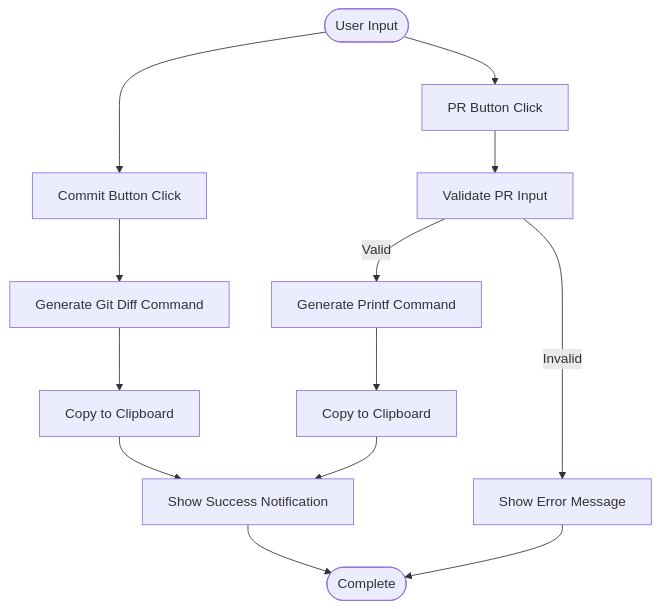
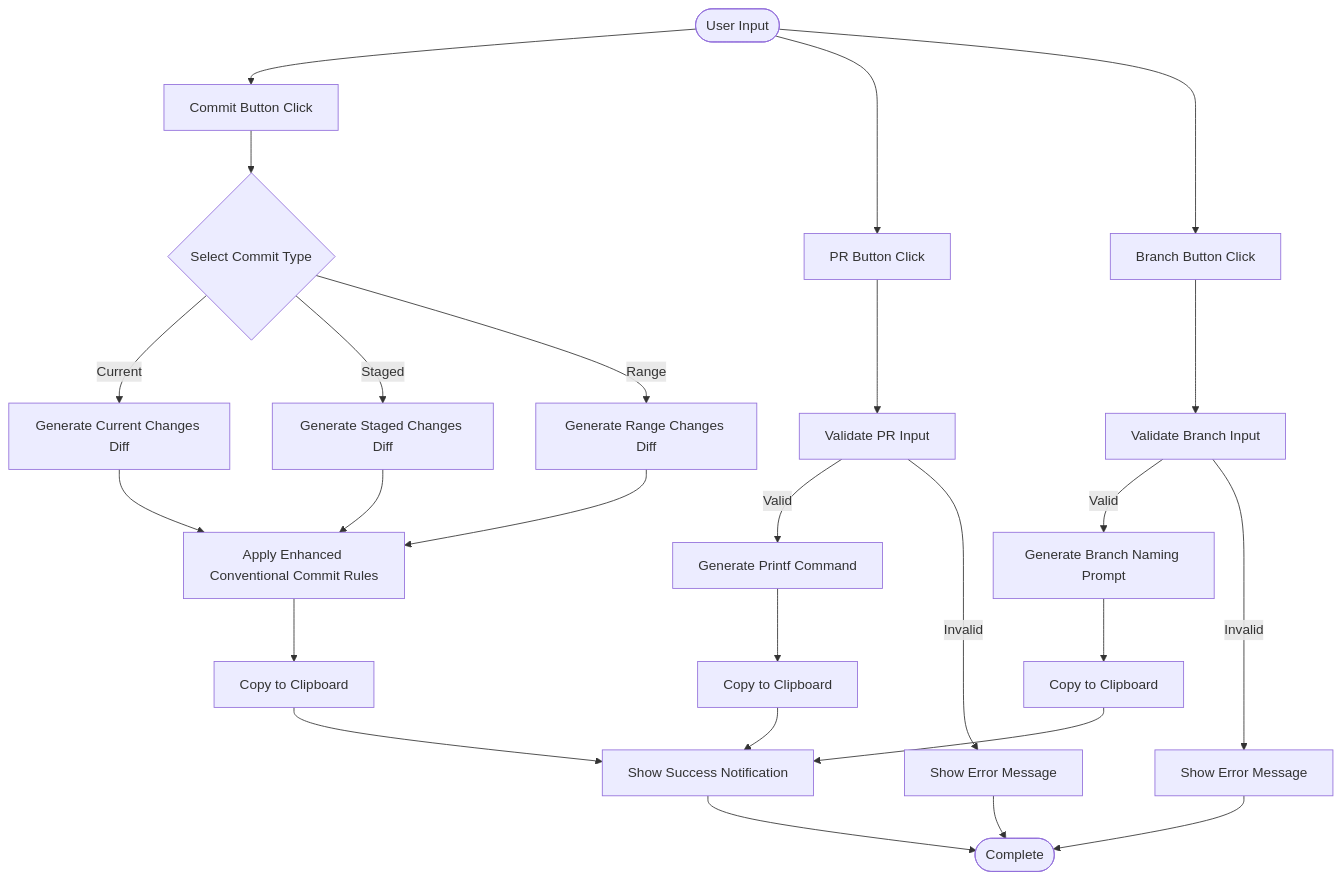
Before and after one commit to HsiehShuJeng/scott-edge-extensions: the second of 9 diagrams in README.md, drawn with Mermaid. The commit also changed other lines of this file and 1 other file, not shown here.

First line of the commit message:
docs: update architecture diagrams and add programming tool lessons

````diff
--- a/README.md
+++ b/README.md
@@ -110,19 +161,34 @@
 ```mermaid
 flowchart TD
     Start(["User Input"])
     Start --> CommitBtn["Commit Button Click"]
     Start --> PRBtn["PR Button Click"]
+    Start --> BranchBtn["Branch Button Click"]
     
-    CommitBtn --> GitDiff["Generate Git Diff Command"]
-    GitDiff --> CopyCommit["Copy to Clipboard"]
+    CommitBtn --> CommitType{"Select Commit Type"}
+    CommitType --> |"Current"| CurrentDiff["Generate Current Changes Diff"]
+    CommitType --> |"Staged"| StagedDiff["Generate Staged Changes Diff"]
+    CommitType --> |"Range"| RangeDiff["Generate Range Changes Diff"]
     
-    PRBtn --> ValidateInput["Validate PR Input"]
-    ValidateInput --> |"Valid"| GenerateCmd["Generate Printf Command"]
-    ValidateInput --> |"Invalid"| ShowError["Show Error Message"]
-    GenerateCmd --> CopyPR["Copy to Clipboard"]
+    CurrentDiff --> EnhancedRules["Apply Enhanced Conventional Commit Rules"]
+    StagedDiff --> EnhancedRules
+    RangeDiff --> EnhancedRules
+    EnhancedRules --> CopyCommit["Copy to Clipboard"]
+    
+    PRBtn --> ValidatePR["Validate PR Input"]
+    ValidatePR --> |"Valid"| GeneratePRCmd["Generate Printf Command"]
+    ValidatePR --> |"Invalid"| ShowPRError["Show Error Message"]
+    GeneratePRCmd --> CopyPR["Copy to Clipboard"]
+    
+    BranchBtn --> ValidateBranch["Validate Branch Input"]
+    ValidateBranch --> |"Valid"| GenerateBranchPrompt["Generate Branch Naming Prompt"]
+    ValidateBranch --> |"Invalid"| ShowBranchError["Show Error Message"]
+    GenerateBranchPrompt --> CopyBranch["Copy to Clipboard"]
     
     CopyCommit --> Notify["Show Success Notification"]
     CopyPR --> Notify
-    ShowError --> End
+    CopyBranch --> Notify
+    ShowPRError --> End
+    ShowBranchError --> End
     Notify --> End(["Complete"])
 ```
````
